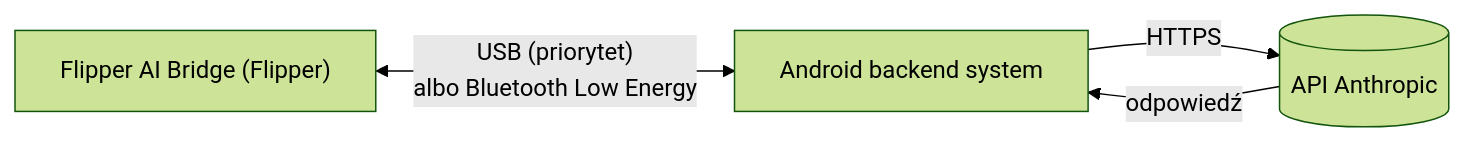
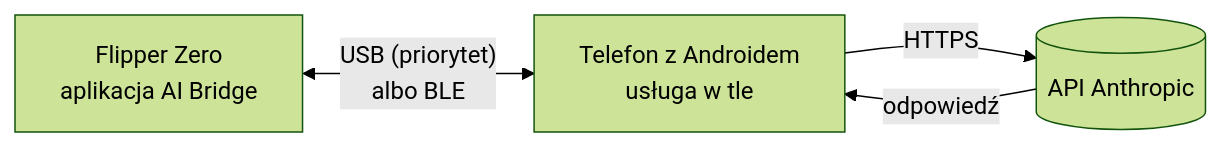
Before and after one commit to Nahida4479/Flipper-AI-Bridge: the diagram in README.pl.md, drawn with Mermaid (forest theme). The commit also changed other lines of this file and 3 other files, not shown here.

````diff
--- a/README.pl.md
+++ b/README.pl.md
@@ -19,6 +25,6 @@
 ```mermaid
 flowchart LR
-    F["Flipper AI Bridge (Flipper)"] <-->|"USB (priorytet)<br/>albo Bluetooth Low Energy"| P["Android backend system"]
+    F["Flipper Zero<br/>aplikacja AI Bridge"] <-->|"USB (priorytet)<br/>albo BLE"| P["Telefon z Androidem<br/>usługa w tle"]
     P -->|HTTPS| A[("API Anthropic")]
     A -->|odpowiedź| P
 ```
````
